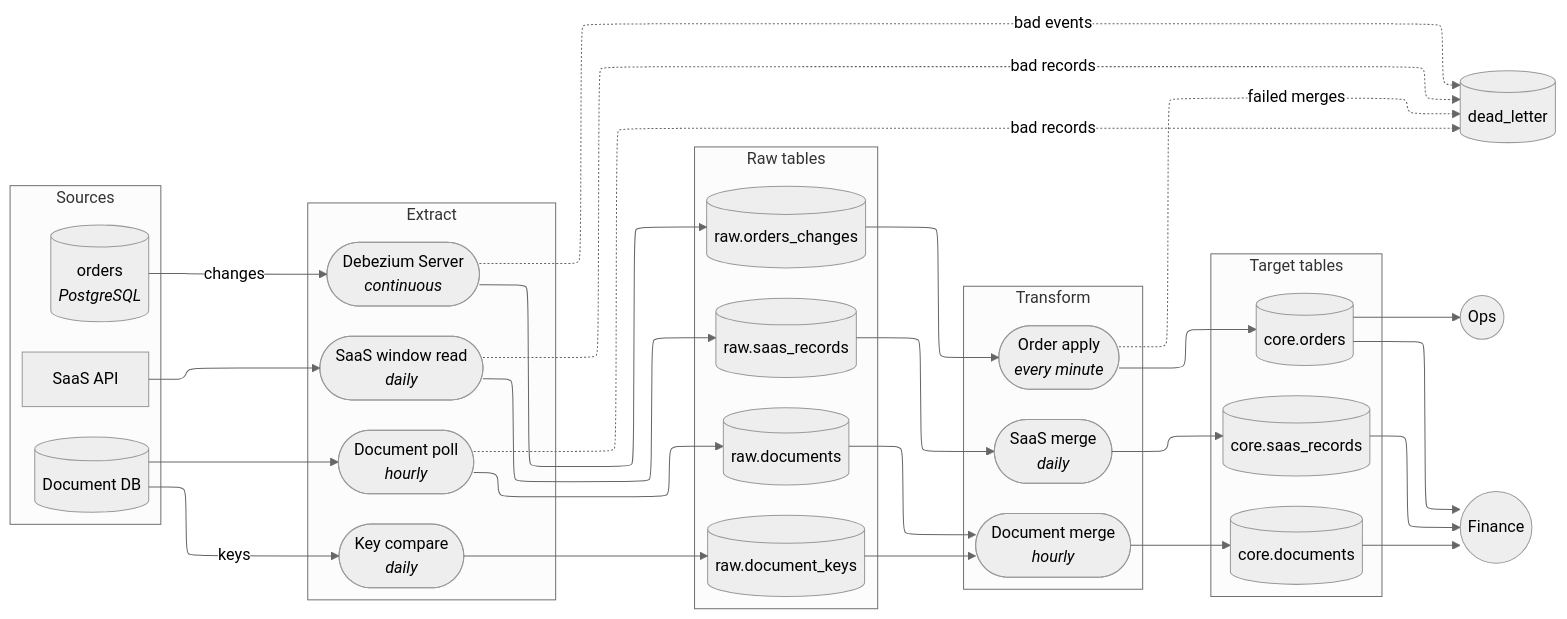
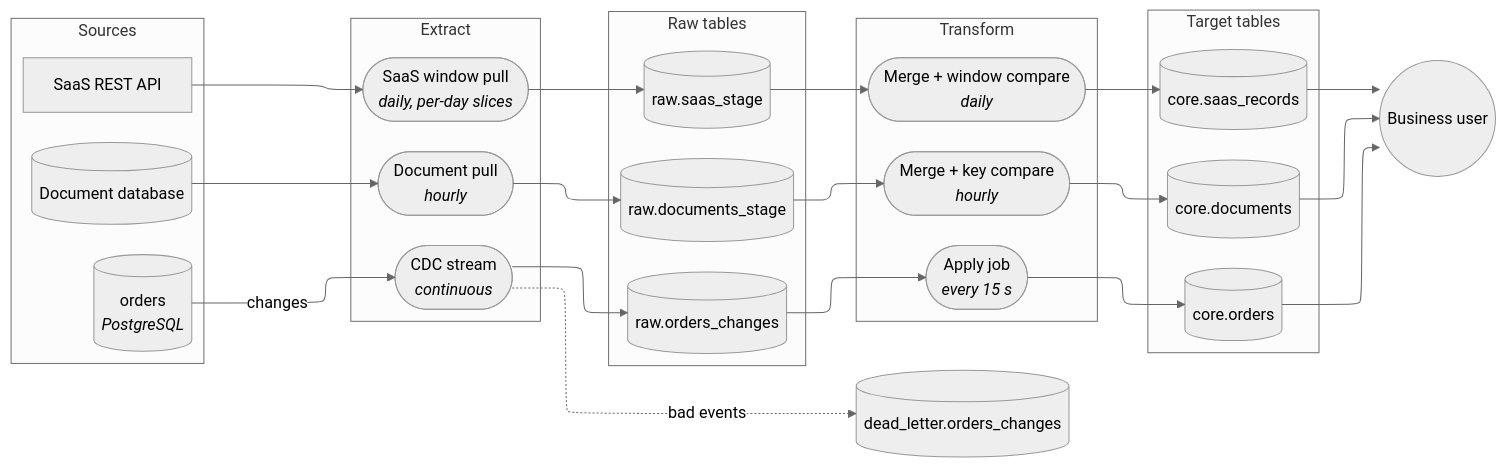
One commit to si1verwind17/data-engineering-skills changed the second of 2 diagrams in demo/2-ingestion/ingestion-design.md. Above: the diagram before and after it, drawn with Mermaid (neutral theme). The commit also changed other lines of this file and 3 other files, not shown here.

Commit message:
demo: designs 1 and 2 from graded runs of the dead-letter rule

````diff
--- a/demo/2-ingestion/ingestion-design.md
+++ b/demo/2-ingestion/ingestion-design.md
@@ -50,47 +52,40 @@
 ```mermaid
 ---
 config:
   layout: elk
 ---
 flowchart LR
   subgraph sources[Sources]
-    o[("orders<br/><i>PostgreSQL</i>")]
-    d[("Document DB")]
-    s["SaaS API"]
+    pg[("orders<br/><i>PostgreSQL</i>")]
+    doc[("Document database")]
+    saas["SaaS REST API"]
   end
   subgraph extract[Extract]
-    cdc(["Debezium Server<br/><i>continuous</i>"])
-    dp(["Document poll<br/><i>hourly</i>"])
-    sp(["SaaS window read<br/><i>daily</i>"])
-    kc(["Key compare<br/><i>daily</i>"])
+    cdc(["CDC stream<br/><i>continuous</i>"])
+    docjob(["Document pull<br/><i>hourly</i>"])
+    saasjob(["SaaS window pull<br/><i>daily, per-day slices</i>"])
   end
   subgraph raw[Raw tables]
-    ro[("raw.orders_changes")]
-    rd[("raw.documents")]
-    rs[("raw.saas_records")]
-    rk[("raw.document_keys")]
+    rch[("raw.orders_changes")]
+    rdoc[("raw.documents_stage")]
+    rsaas[("raw.saas_stage")]
   end
   subgraph transform[Transform]
-    ao(["Order apply<br/><i>every minute</i>"])
-    ad(["Document merge<br/><i>hourly</i>"])
-    as(["SaaS merge<br/><i>daily</i>"])
+    apply(["Apply job<br/><i>every 15 s</i>"])
+    dmerge(["Merge + key compare<br/><i>hourly</i>"])
+    smerge(["Merge + window compare<br/><i>daily</i>"])
   end
   subgraph target[Target tables]
-    co[("core.orders")]
-    cd[("core.documents")]
-    cs[("core.saas_records")]
+    corders[("core.orders")]
+    cdocs[("core.documents")]
+    csaas[("core.saas_records")]
   end
-  dl[("dead_letter")]
-  o -- changes --> cdc --> ro --> ao --> co
-  d --> dp --> rd --> ad --> cd
-  d -- keys --> kc --> rk --> ad
-  s --> sp --> rs --> as --> cs
-  co --> ops((Ops))
-  co --> fin((Finance))
-  cd --> fin
-  cs --> fin
+  dl[("dead_letter.orders_changes")]
+  pg -- changes --> cdc --> rch --> apply --> corders
   cdc -. bad events .-> dl
-  dp -. bad records .-> dl
-  sp -. bad records .-> dl
-  ao -. failed merges .-> dl
+  doc --> docjob --> rdoc --> dmerge --> cdocs
+  saas --> saasjob --> rsaas --> smerge --> csaas
+  corders --> user((Business user))
+  cdocs --> user
+  csaas --> user
 ```
````
